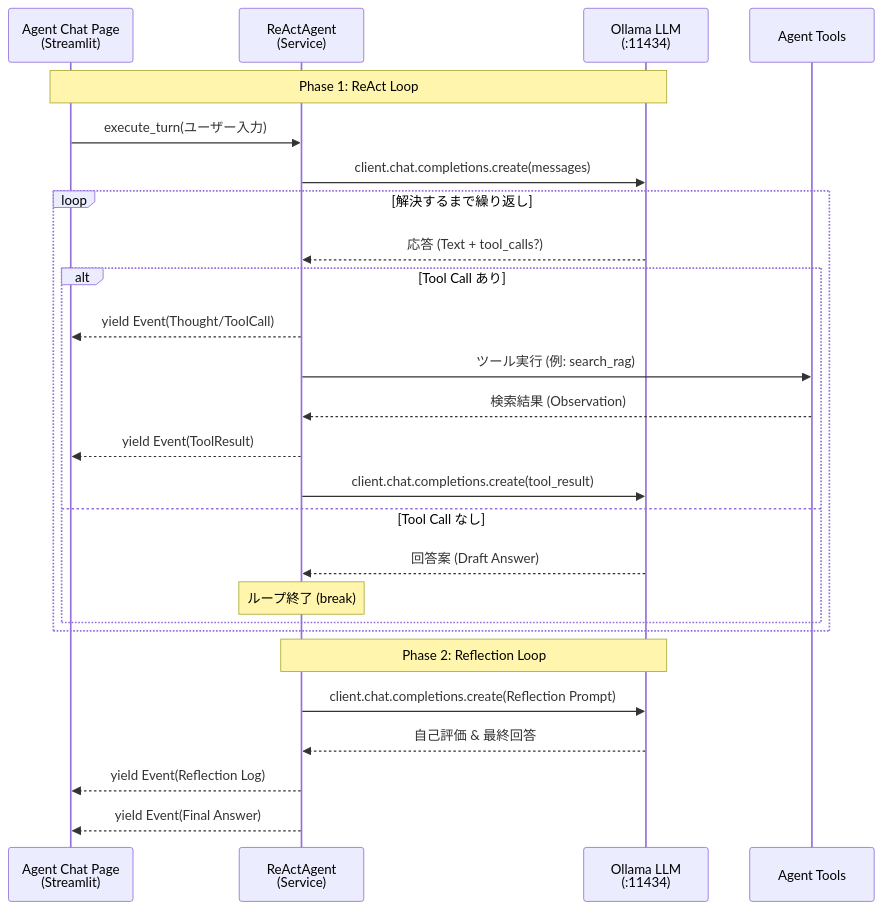
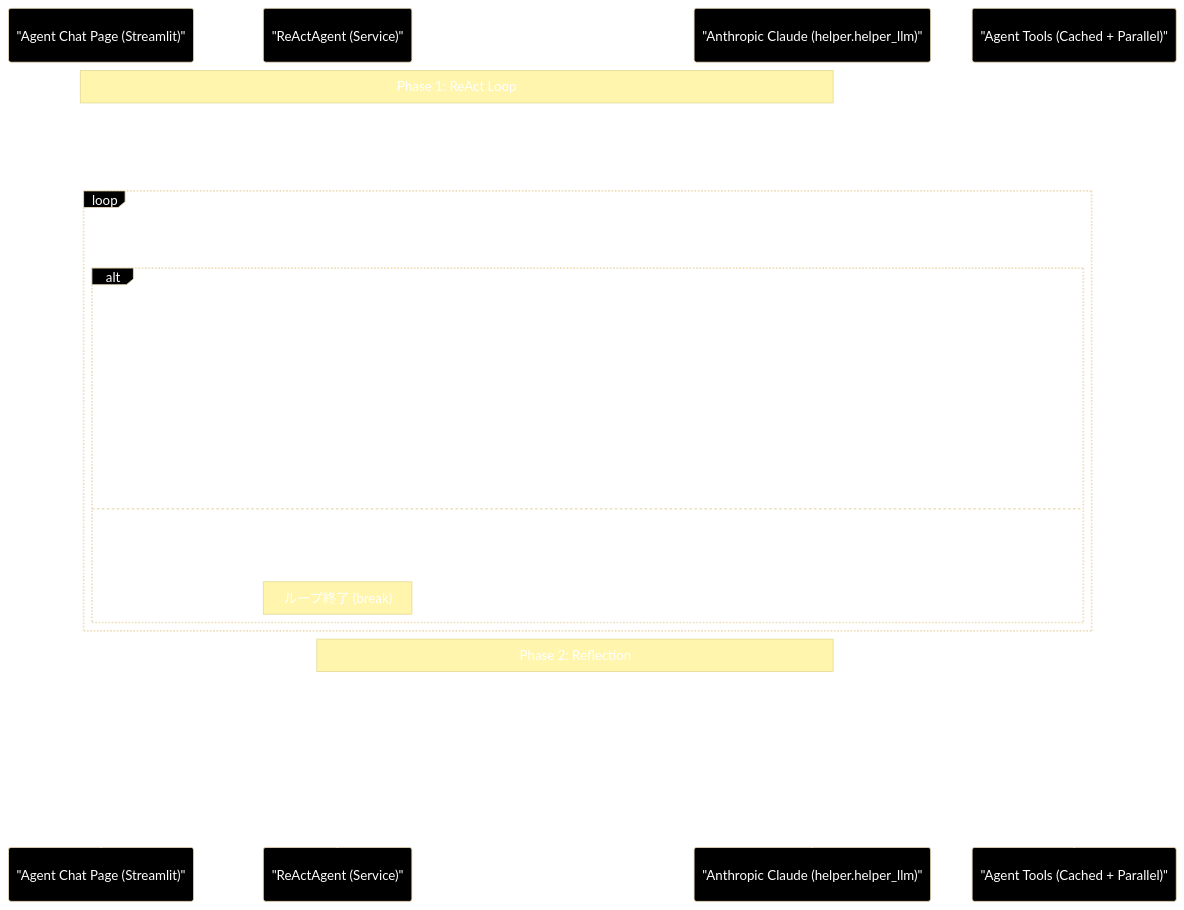
One commit to nakashima2toshio/ollama_grace_agent_v2 changed the ninth of 10 diagrams in readme_react_reflection.md. Above: the diagram before and after it, drawn with Mermaid. The commit also changed other lines of this file and 7 other files, not shown here.

````diff
--- a/readme_react_reflection.md
+++ b/readme_react_reflection.md
@@ -799,30 +902,31 @@
 ```mermaid
+%%{ init: { "theme": "base", "themeVariables": {"background": "#000000", "mainBkg": "#000000","textColor": "#ffffff", "lineColor": "#ffffff","actorBkg": "#000000", "actorTextColor": "#ffffff","actorLineColor": "#ffffff", "noteBkg": "#1a1a1a","noteTextColor": "#ffffff" } } }%%
 sequenceDiagram
-    participant UI as Agent Chat Page<br>(Streamlit)
-    participant Svc as ReActAgent<br>(Service)
-    participant LLM as Ollama LLM<br>(:11434)
-    participant Tool as Agent Tools
+    participant UI as "Agent Chat Page (Streamlit)"
+    participant Svc as "ReActAgent (Service)"
+    participant LLM as "Anthropic Claude (helper.helper_llm)"
+    participant Tool as "Agent Tools (Cached + Parallel)"
 
     Note over UI, LLM: Phase 1: ReAct Loop
     UI->>Svc: execute_turn(ユーザー入力)
-    Svc->>LLM: client.chat.completions.create(messages)
-    loop 解決するまで繰り返し
-        LLM-->>Svc: 応答 (Text + tool_calls?)
-        alt Tool Call あり
-            Svc-->>UI: yield Event(Thought/ToolCall)
-            Svc->>Tool: ツール実行 (例: search_rag)
+    Svc->>LLM: generate_with_tools(messages, tools, system)
+    loop 解決するまで繰り返し (max_turns)
+        LLM-->>Svc: ToolUseResponse (text / tool_calls / stop_reason)
+        alt stop_reason == tool_use
+            Svc-->>UI: yield Event(Thought / ToolCall)
+            Svc->>Tool: search_rag_knowledge_base_cached(query, session_id)
             Tool-->>Svc: 検索結果 (Observation)
             Svc-->>UI: yield Event(ToolResult)
-            Svc->>LLM: client.chat.completions.create(tool_result)
-        else Tool Call なし
-            LLM-->>Svc: 回答案 (Draft Answer)
+            Svc->>LLM: generate_with_tools(self._messages + tool_result)
+        else stop_reason != tool_use
+            LLM-->>Svc: 回答案 (Draft Answer / final_text)
             Note over Svc: ループ終了 (break)
         end
     end
 
-    Note over Svc, LLM: Phase 2: Reflection Loop
-    Svc->>LLM: client.chat.completions.create(Reflection Prompt)
-    LLM-->>Svc: 自己評価 & 最終回答
+    Note over Svc, LLM: Phase 2: Reflection
+    Svc->>LLM: generate_with_tools(REFLECTION_INSTRUCTION + ドラフト, tools=[])
+    LLM-->>Svc: 自己評価 + Final Answer
     Svc-->>UI: yield Event(Reflection Log)
     Svc-->>UI: yield Event(Final Answer)
 ```
````
